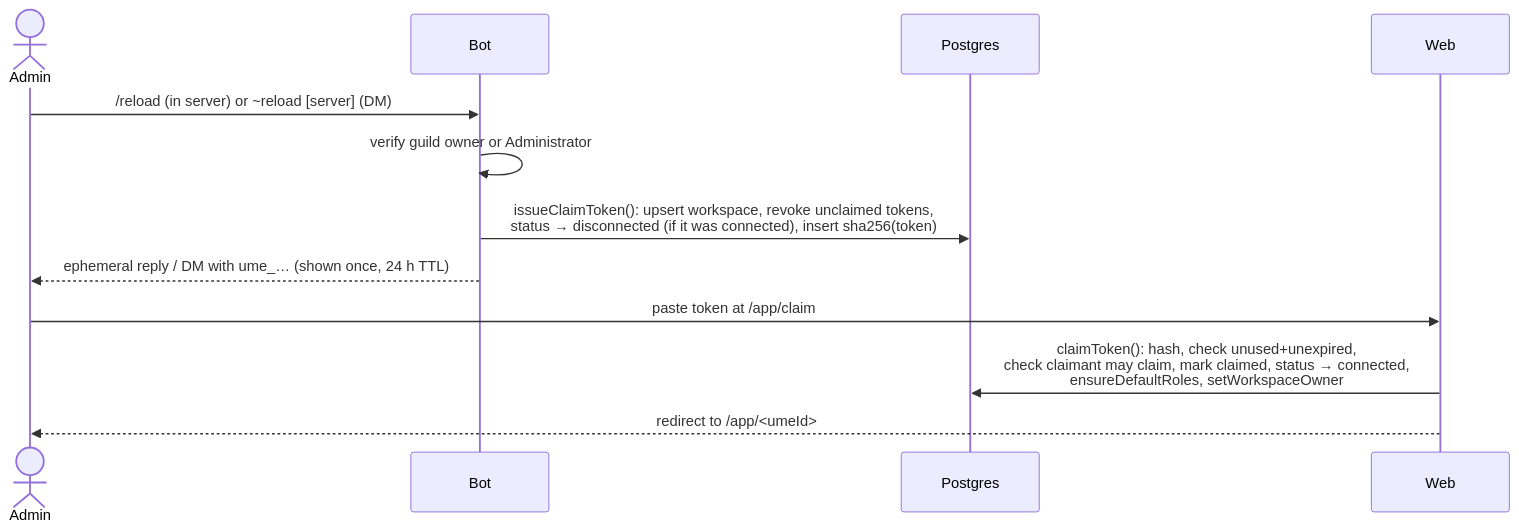
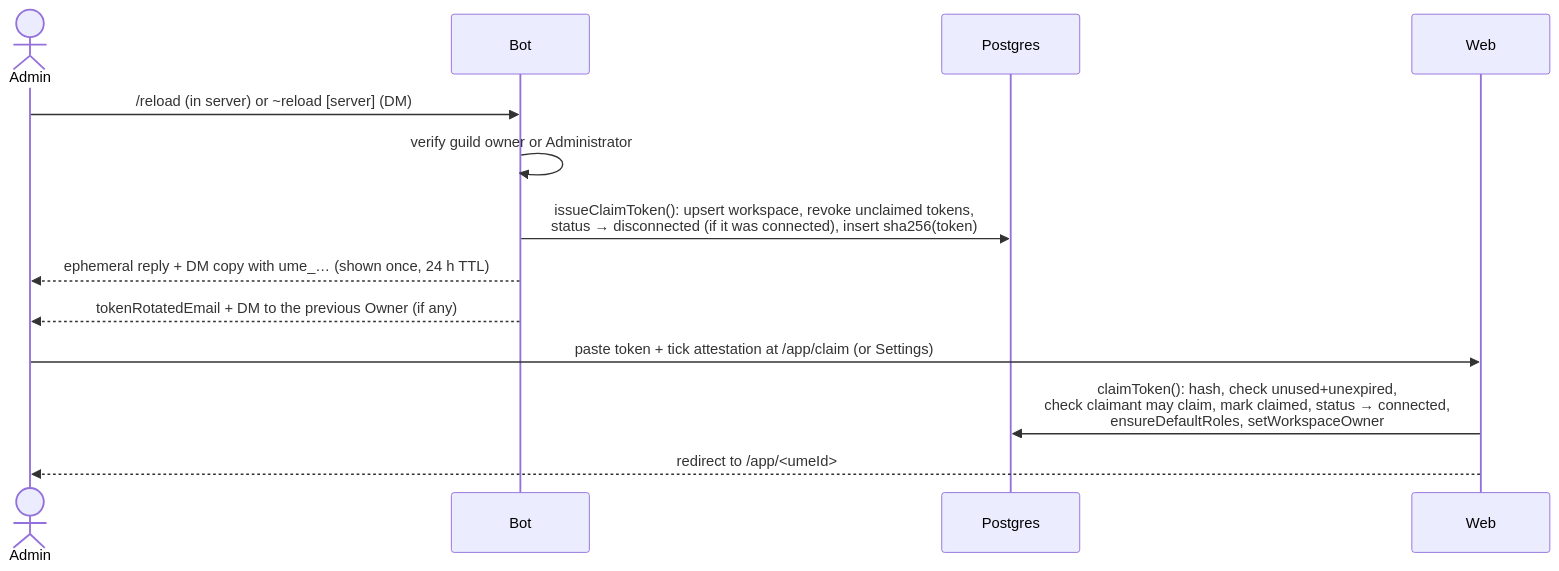
Before and after one commit to odiwr/ume: the second of 4 diagrams in docs/ARCHITECTURE.md, drawn with Mermaid. The commit also changed other lines of this file and 134 other files, not shown here.

````diff
--- a/docs/ARCHITECTURE.md
+++ b/docs/ARCHITECTURE.md
@@ -46,15 +49,16 @@
 ```mermaid
 sequenceDiagram
   actor Admin
   participant Bot
   participant DB as Postgres
   participant Web
 
   Admin->>Bot: /reload (in server) or ~reload [server] (DM)
   Bot->>Bot: verify guild owner or Administrator
   Bot->>DB: issueClaimToken(): upsert workspace, revoke unclaimed tokens,<br/>status → disconnected (if it was connected), insert sha256(token)
-  Bot-->>Admin: ephemeral reply / DM with ume_… (shown once, 24 h TTL)
-  Admin->>Web: paste token at /app/claim
+  Bot-->>Admin: ephemeral reply + DM copy with ume_… (shown once, 24 h TTL)
+  Bot-->>Admin: tokenRotatedEmail + DM to the previous Owner (if any)
+  Admin->>Web: paste token + tick attestation at /app/claim (or Settings)
   Web->>DB: claimToken(): hash, check unused+unexpired,<br/>check claimant may claim, mark claimed, status → connected,<br/>ensureDefaultRoles, setWorkspaceOwner
   Web-->>Admin: redirect to /app/<umeId>
 ```
````
